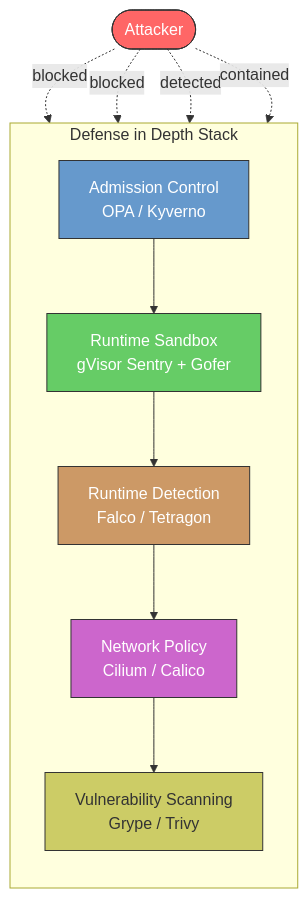
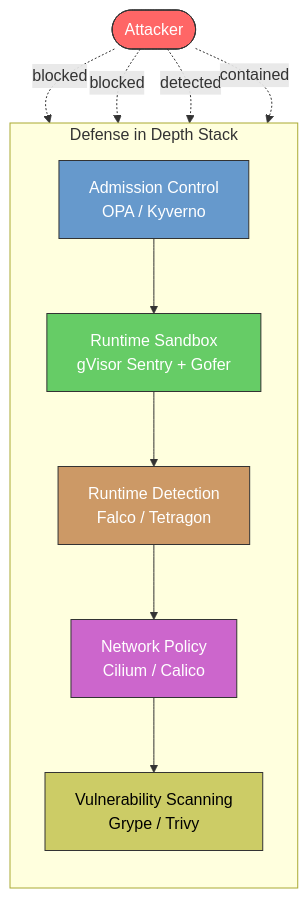
The fifth of 5 diagrams in src/posts/2024-09-25-gvisor-container-sandboxing-security.md (williamzujkowski/williamzujkowski.github.io), drawn with Mermaid before and after one commit. The commit also changed other lines of this file and 40 other files, not shown here.

First line of the commit message:
fix(blog): add explicit text color to all mermaid classDef/style (#171)

````diff
--- a/src/posts/2024-09-25-gvisor-container-sandboxing-security.md
+++ b/src/posts/2024-09-25-gvisor-container-sandboxing-security.md
@@ -470,25 +470,25 @@
 ```mermaid
 graph TB
     subgraph "Defense in Depth Stack"
         direction TB
         L1[Admission Control<br/>OPA / Kyverno]
         L2[Runtime Sandbox<br/>gVisor Sentry + Gofer]
         L3[Runtime Detection<br/>Falco / Tetragon]
         L4[Network Policy<br/>Cilium / Calico]
         L5[Vulnerability Scanning<br/>Grype / Trivy]
     end
 
     L1 --> L2 --> L3 --> L4 --> L5
 
     ATK([Attacker]) -.->|blocked| L1
     ATK -.->|blocked| L2
     ATK -.->|detected| L3
     ATK -.->|contained| L4
 
     style L1 fill:#69c,stroke:#333,color:#fff
     style L2 fill:#6c6,stroke:#333,color:#fff
     style L3 fill:#c96,stroke:#333,color:#fff
     style L4 fill:#c6c,stroke:#333,color:#fff
-    style L5 fill:#cc6,stroke:#333
+    style L5 fill:#cc6,color:#000,stroke:#333
     style ATK fill:#f66,stroke:#333,color:#fff
 ```
````
